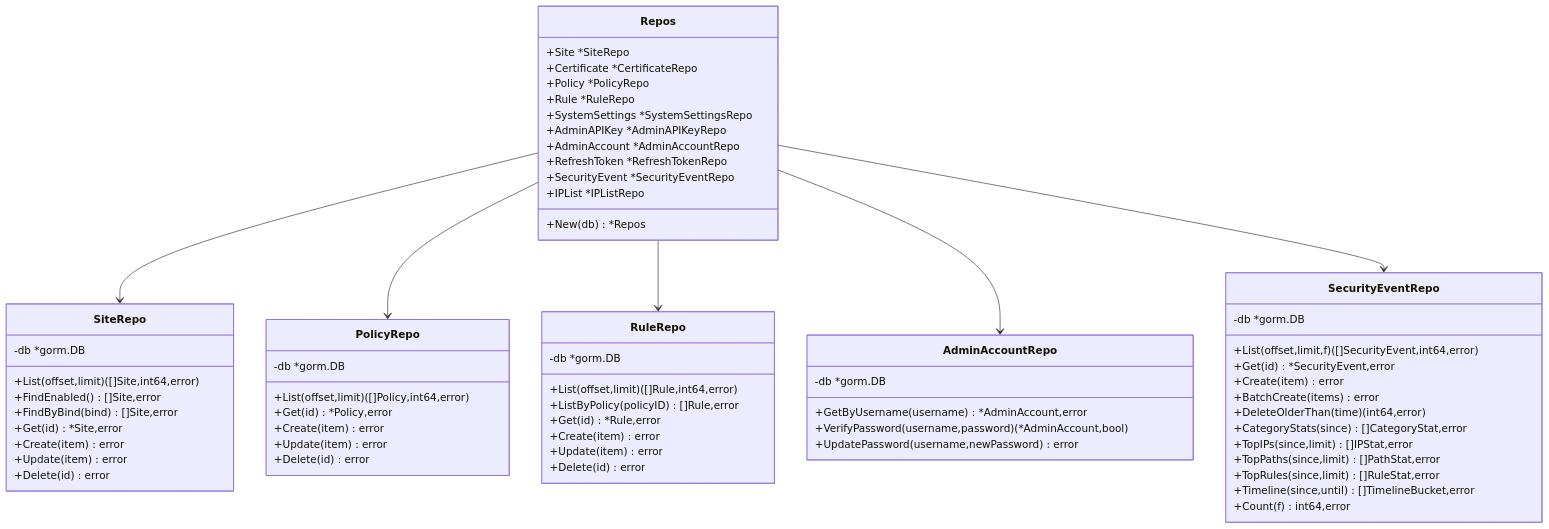
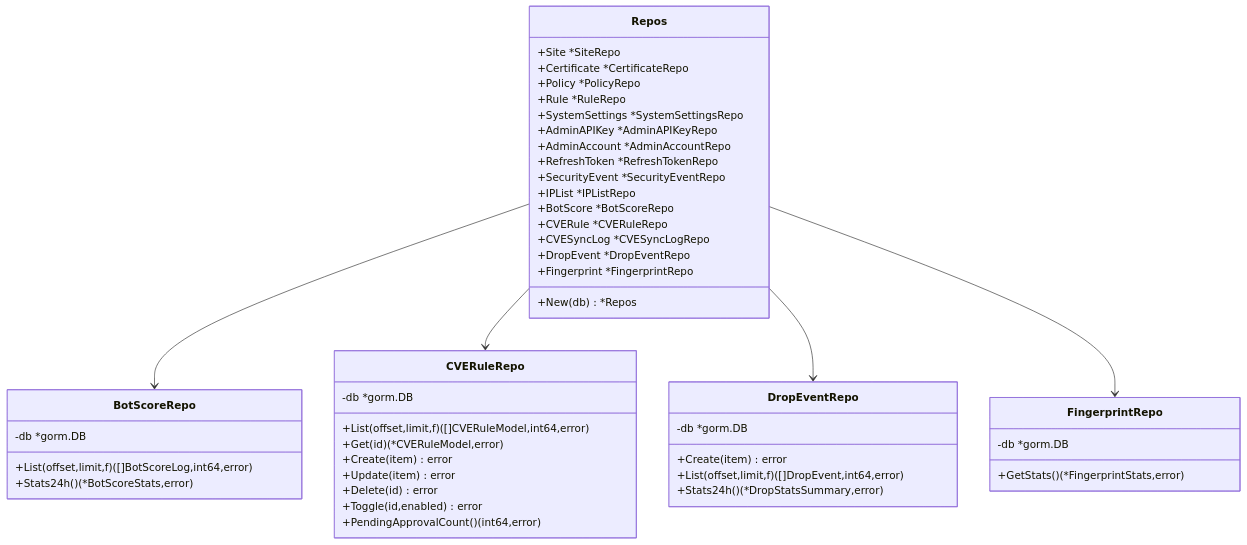
The sixth of 8 diagrams in docs/数据存储层/数据存储层.md (x01n/My-OpenWaf), drawn with Mermaid before and after one commit. The commit also changed other lines of this file and 51 other files, not shown here.

````diff
--- a/docs/数据存储层/数据存储层.md
+++ b/docs/数据存储层/数据存储层.md
@@ -406,68 +490,50 @@
 ```mermaid
 classDiagram
 class Repos {
 +Site *SiteRepo
 +Certificate *CertificateRepo
 +Policy *PolicyRepo
 +Rule *RuleRepo
 +SystemSettings *SystemSettingsRepo
 +AdminAPIKey *AdminAPIKeyRepo
 +AdminAccount *AdminAccountRepo
 +RefreshToken *RefreshTokenRepo
 +SecurityEvent *SecurityEventRepo
 +IPList *IPListRepo
++BotScore *BotScoreRepo
++CVERule *CVERuleRepo
++CVESyncLog *CVESyncLogRepo
++DropEvent *DropEventRepo
++Fingerprint *FingerprintRepo
 +New(db) *Repos
 }
-class SiteRepo {
+class BotScoreRepo {
 -db *gorm.DB
-+List(offset,limit) ([]Site,int64,error)
-+FindEnabled() []Site,error
-+FindByBind(bind) []Site,error
-+Get(id) *Site,error
++List(offset,limit,f) ([]BotScoreLog,int64,error)
++Stats24h() (*BotScoreStats,error)
+}
+class CVERuleRepo {
+-db *gorm.DB
++List(offset,limit,f) ([]CVERuleModel,int64,error)
++Get(id) (*CVERuleModel,error)
 +Create(item) error
 +Update(item) error
 +Delete(id) error
++Toggle(id,enabled) error
++PendingApprovalCount() (int64,error)
 }
-class PolicyRepo {
+class DropEventRepo {
 -db *gorm.DB
-+List(offset,limit) ([]Policy,int64,error)
-+Get(id) *Policy,error
 +Create(item) error
-+Update(item) error
-+Delete(id) error
++List(offset,limit,f) ([]DropEvent,int64,error)
++Stats24h() (*DropStatsSummary,error)
 }
-class RuleRepo {
+class FingerprintRepo {
 -db *gorm.DB
-+List(offset,limit) ([]Rule,int64,error)
-+ListByPolicy(policyID) []Rule,error
-+Get(id) *Rule,error
-+Create(item) error
-+Update(item) error
-+Delete(id) error
++GetStats() (*FingerprintStats,error)
 }
-class AdminAccountRepo {
--db *gorm.DB
-+GetByUsername(username) *AdminAccount,error
-+VerifyPassword(username,password) (*AdminAccount,bool)
-+UpdatePassword(username,newPassword) error
-}
-class SecurityEventRepo {
--db *gorm.DB
-+List(offset,limit,f) ([]SecurityEvent,int64,error)
-+Get(id) *SecurityEvent,error
-+Create(item) error
-+BatchCreate(items) error
-+DeleteOlderThan(time) (int64,error)
-+CategoryStats(since) []CategoryStat,error
-+TopIPs(since,limit) []IPStat,error
-+TopPaths(since,limit) []PathStat,error
-+TopRules(since,limit) []RuleStat,error
-+Timeline(since,until) []TimelineBucket,error
-+Count(f) int64,error
-}
-Repos --> SiteRepo
-Repos --> PolicyRepo
-Repos --> RuleRepo
-Repos --> AdminAccountRepo
-Repos --> SecurityEventRepo
+Repos --> BotScoreRepo
+Repos --> CVERuleRepo
+Repos --> DropEventRepo
+Repos --> FingerprintRepo
 ```
````
